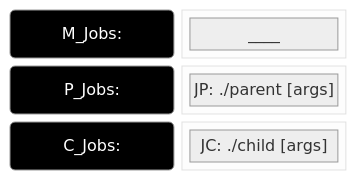
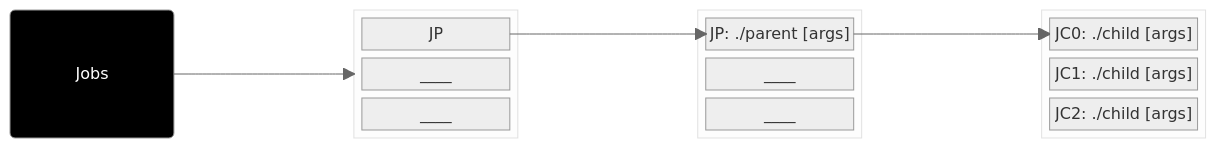
One commit to duclos-cavalcanti/TreeBuilder changed the third of 6 diagrams in docs/slidev/slides/Workflow-2.1.md. Above: the diagram before and after it, drawn with Mermaid (neutral theme). The commit also changed other lines of this file and 11 other files, not shown here.

````diff
--- a/docs/slidev/slides/Workflow-2.1.md
+++ b/docs/slidev/slides/Workflow-2.1.md
@@ -66,25 +77,33 @@
 ```mermaid
 block-beta
-    columns 2
-    JM("<font color=white>M_Jobs:"):1
-    block:mitems
+    J("<font color=white>Jobs")
+    space
+    block:items
         columns 1
-        A["____"] 
+        A["JP  "] 
+        B["____"] 
+        X["____"] 
     end
 
-    JP("<font color=white>P_Jobs:"):1
+    space
     block:pitems
         columns 1
-        B["JP: ./parent [args]"] 
+        C["JP: ./parent [args]"] 
+        D["____"] 
+        Y["____"] 
     end
 
-    JC("<font color=white>C_Jobs:"):1
+    space
     block:citems
         columns 1
-        C["JC: ./child [args]"] 
+        E["JC0: ./child [args]"] 
+        F["JC1: ./child [args]"] 
+        G["JC2: ./child [args]"] 
     end
 
-    style JM fill:#000000
-    style JP fill:#000000
-    style JC fill:#000000
+    J --> items
+    A --> C
+    C --> E
+
+    style J fill:#000000
 ```
````
